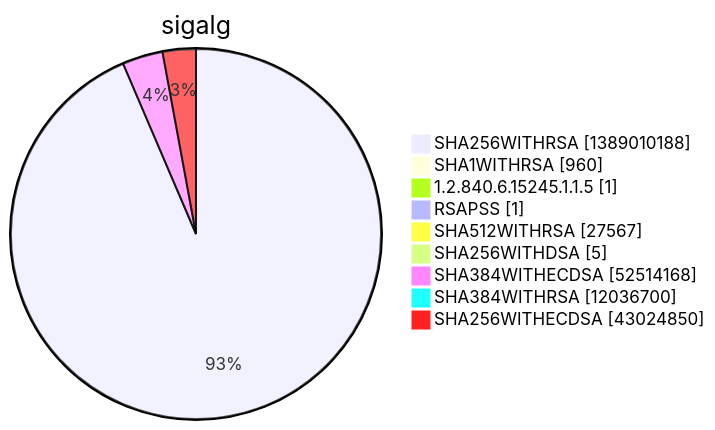
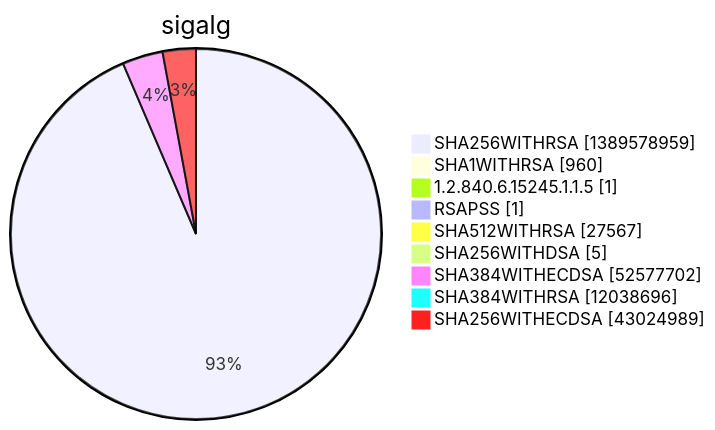
Diagram 15 of 15 in argon2022/README.md (christiankrug/ctmonitor_visualization), drawn with Mermaid before and after one commit. The commit also changed other lines of this file, not shown here.

````diff
--- a/argon2022/README.md
+++ b/argon2022/README.md
@@ -5524,13 +5524,13 @@
 ```mermaid
 pie showData
 title sigalg
-"SHA256WITHRSA" :1389010188
+"SHA256WITHRSA" :1389578959
 "SHA1WITHRSA" :960
 "1.2.840.6.15245.1.1.5" :1
 "RSAPSS" :1
 "SHA512WITHRSA" :27567
 "SHA256WITHDSA" :5
-"SHA384WITHECDSA" :52514168
-"SHA384WITHRSA" :12036700
-"SHA256WITHECDSA" :43024850
+"SHA384WITHECDSA" :52577702
+"SHA384WITHRSA" :12038696
+"SHA256WITHECDSA" :43024989
 ```
````
